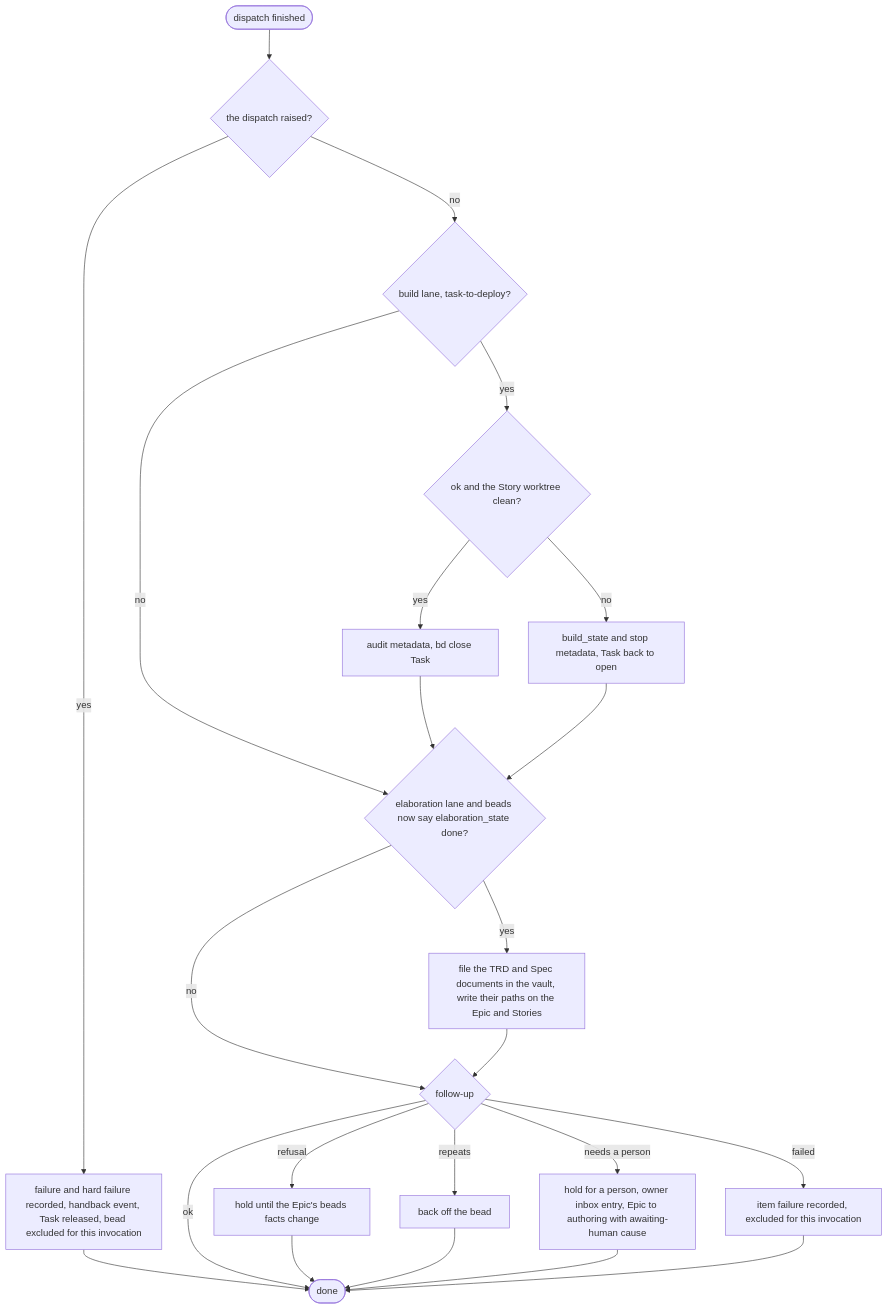
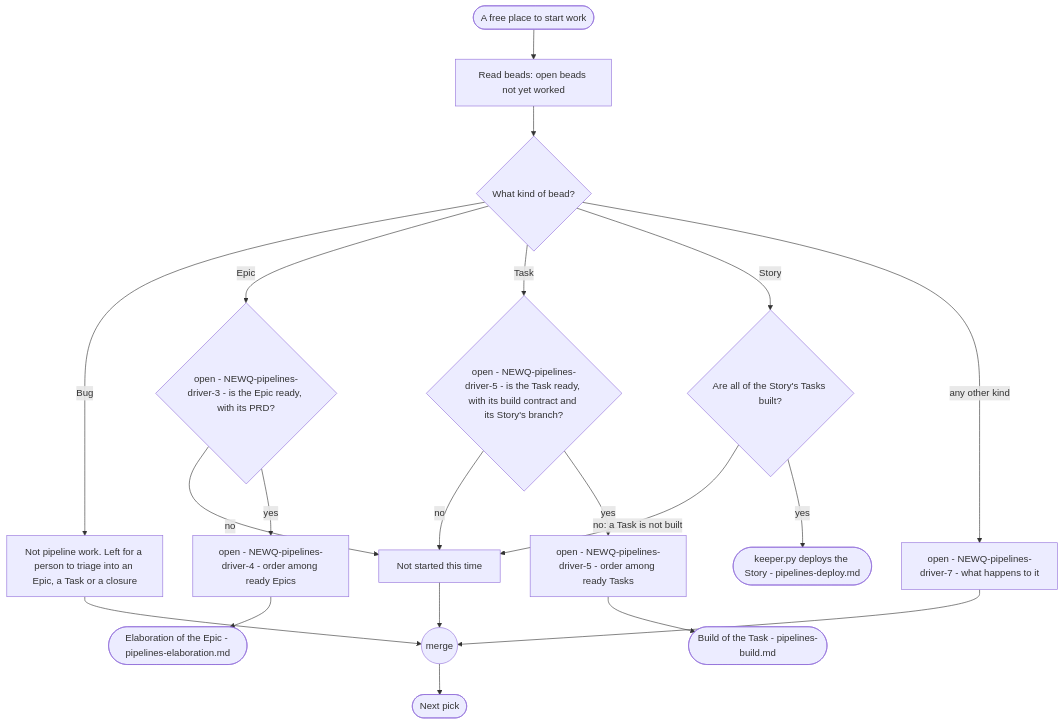
One commit to mark-satterfield/toolset changed the second of 8 diagrams in plugins/agent-teams-workforce/blueprint/design/pipelines-driver.md. Above: the diagram before and after it, drawn with Mermaid. The commit also changed other lines of this file and 1 other file, not shown here.

First line of the commit message:
docs(blueprint): start the pipeline overview and driver diagrams at keeper.py and supervisor.py

````diff
--- a/plugins/agent-teams-workforce/blueprint/design/pipelines-driver.md
+++ b/plugins/agent-teams-workforce/blueprint/design/pipelines-driver.md
@@ -243,25 +116,22 @@
 ```mermaid
 flowchart TD
-  A(["dispatch finished"]) --> RAISE{"the dispatch raised?"}
-  RAISE -->|"yes"| ERR["failure and hard failure recorded, handback event, Task released, bead excluded for this invocation"] --> Z(["done"])
-  RAISE -->|"no"| BL{"build lane, task-to-deploy?"}
-  BL -->|"yes"| OKQ{"ok and the Story worktree clean?"}
-  OKQ -->|"yes"| CLOSE["audit metadata, bd close Task"]
-  OKQ -->|"no"| REL["build_state and stop metadata, Task back to open"]
-  BL -->|"no"| EDQ
-  CLOSE --> EDQ
-  REL --> EDQ
-  EDQ{"elaboration lane and beads now say elaboration_state done?"}
-  EDQ -->|"yes"| FILE["file the TRD and Spec documents in the vault, write their paths on the Epic and Stories"]
-  EDQ -->|"no"| FU
-  FILE --> FU{"follow-up"}
-  FU -->|"refusal"| HOLD1["hold until the Epic's beads facts change"]
-  FU -->|"repeats"| BACK["back off the bead"]
-  FU -->|"needs a person"| HOLD2["hold for a person, owner inbox entry, Epic to authoring with awaiting-human cause"]
-  FU -->|"failed"| EXC["item failure recorded, excluded for this invocation"]
-  FU -->|"ok"| Z
-  HOLD1 --> Z
-  BACK --> Z
-  HOLD2 --> Z
-  EXC --> Z
+    s(["A free place to start work"]) --> read["Read beads: open beads not yet worked"]
+    read --> kind{"What kind of bead?"}
+    kind -->|"Bug"| bug["Not pipeline work. Left for a person to triage into an Epic, a Task or a closure"]
+    kind -->|"Epic"| eReady{"open - NEWQ-pipelines-driver-3 - is the Epic ready, with its PRD?"}
+    kind -->|"Task"| tReady{"open - NEWQ-pipelines-driver-5 - is the Task ready, with its build contract and its Story's branch?"}
+    kind -->|"Story"| sReady{"Are all of the Story's Tasks built?"}
+    kind -->|"any other kind"| other["open - NEWQ-pipelines-driver-7 - what happens to it"]
+    eReady -->|"no"| skip["Not started this time"]
+    eReady -->|"yes"| eOrder["open - NEWQ-pipelines-driver-4 - order among ready Epics"]
+    eOrder --> eRun(["Elaboration of the Epic - pipelines-elaboration.md"])
+    tReady -->|"no"| skip
+    tReady -->|"yes"| tOrder["open - NEWQ-pipelines-driver-5 - order among ready Tasks"]
+    tOrder --> tRun(["Build of the Task - pipelines-build.md"])
+    sReady -->|"no: a Task is not built"| skip
+    sReady -->|"yes"| sRun(["keeper.py deploys the Story - pipelines-deploy.md"])
+    bug --> m(("merge"))
+    other --> m
+    skip --> m
+    m --> e(["Next pick"])
 ```
````
